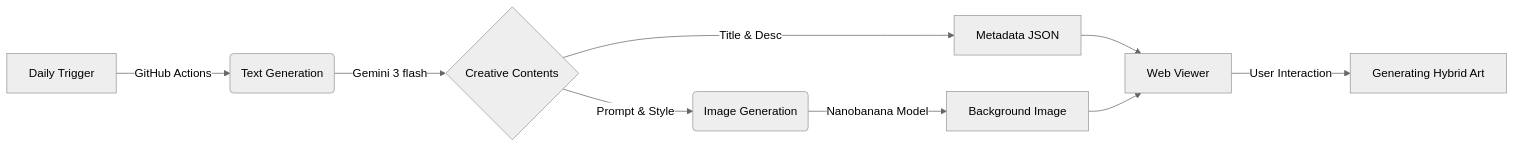
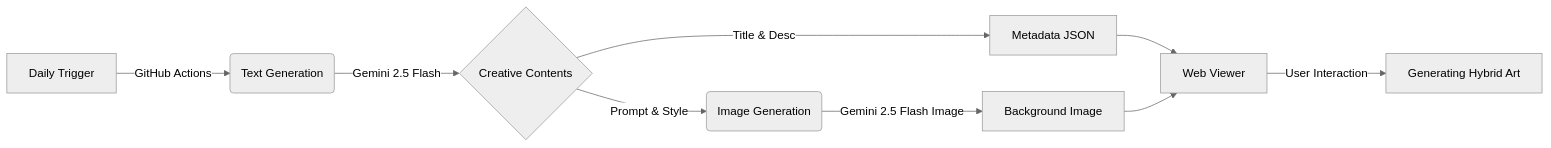
The diagram in README.md (hiyong7759/media-art-writer), drawn with Mermaid (neutral theme) before and after one commit. The commit also changed other lines of this file and 9 other files, not shown here.

````diff
--- a/README.md
+++ b/README.md
@@ -30,10 +32,10 @@
 ```mermaid
 graph LR
     A[Daily Trigger] -->|GitHub Actions| B(Text Generation)
-    B -->|Gemini 3 flash| C{Creative Contents}
+    B -->|Gemini 2.5 Flash| C{Creative Contents}
     C -->|Prompt & Style| D(Image Generation)
     C -->|Title & Desc| E[Metadata JSON]
-    D -->|Nanobanana Model| F[Background Image]
+    D -->|Gemini 2.5 Flash Image| F[Background Image]
     E & F --> G[Web Viewer]
     G -->|User Interaction| H[Generating Hybrid Art]
 ```
````
